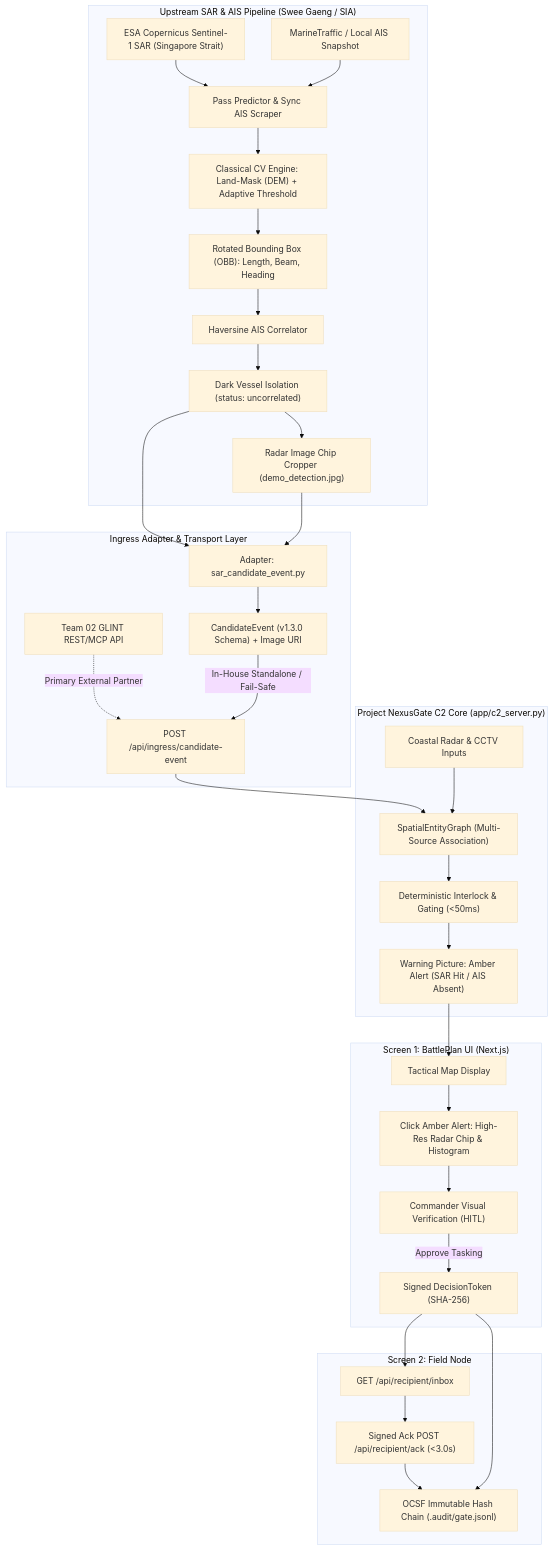
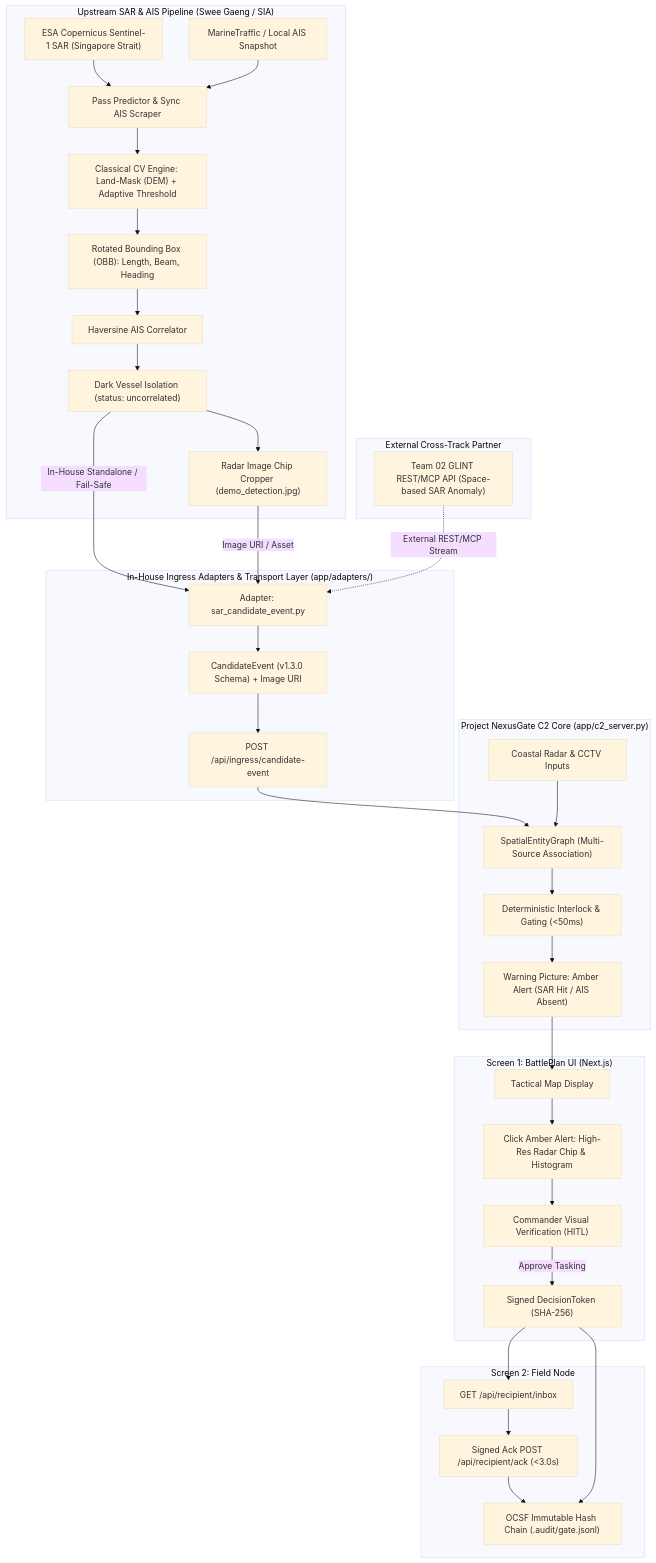
The first of 2 diagrams in docs/architecture/sar_pipeline.md (edgesentry/sdth-nexus-c2), drawn with Mermaid (base theme) before and after one commit.

Commit message:
docs(architecture): separate external GLINT partner from in-house ingress adapters in diagram

````diff
--- a/docs/architecture/sar_pipeline.md
+++ b/docs/architecture/sar_pipeline.md
@@ -23,41 +23,46 @@
 ```mermaid
 flowchart TD
     subgraph UpstreamSAR ["Upstream SAR & AIS Pipeline (Swee Gaeng / SIA)"]
         S1["ESA Copernicus Sentinel-1 SAR (Singapore Strait)"] --> PRE["Pass Predictor & Sync AIS Scraper"]
         AIS["MarineTraffic / Local AIS Snapshot"] --> PRE
         PRE --> CV["Classical CV Engine: Land-Mask (DEM) + Adaptive Threshold"]
         CV --> OBB["Rotated Bounding Box (OBB): Length, Beam, Heading"]
         OBB --> CORR["Haversine AIS Correlator"]
         CORR --> DARK["Dark Vessel Isolation (status: uncorrelated)"]
         DARK --> CHIP["Radar Image Chip Cropper (demo_detection.jpg)"]
     end
 
-    subgraph IngressBridge ["Ingress Adapter & Transport Layer"]
-        DARK --> ADAPT["Adapter: sar_candidate_event.py"]
-        CHIP --> ADAPT
+    subgraph ExternalPartner ["External Cross-Track Partner"]
+        GLINT["Team 02 GLINT REST/MCP API (Space-based SAR Anomaly)"]
+    end
+
+    subgraph IngressBridge ["In-House Ingress Adapters & Transport Layer (app/adapters/)"]
+        ADAPT["Adapter: sar_candidate_event.py"]
+        DARK -->|"In-House Standalone / Fail-Safe"| ADAPT
+        CHIP -->|"Image URI / Asset"| ADAPT
+        GLINT -.->|"External REST/MCP Stream"| ADAPT
         ADAPT --> PAYLOAD["CandidateEvent (v1.3.0 Schema) + Image URI"]
-        GLINT["Team 02 GLINT REST/MCP API"] -.->|"Primary External Partner"| C2_INGRESS["POST /api/ingress/candidate-event"]
-        PAYLOAD -->|"In-House Standalone / Fail-Safe"| C2_INGRESS
+        PAYLOAD --> C2_INGRESS["POST /api/ingress/candidate-event"]
     end
 
     subgraph NexusGateC2 ["Project NexusGate C2 Core (app/c2_server.py)"]
         C2_INGRESS --> GRAPH["SpatialEntityGraph (Multi-Source Association)"]
         COASTAL["Coastal Radar & CCTV Inputs"] --> GRAPH
         GRAPH --> INTERLOCK["Deterministic Interlock & Gating (<50ms)"]
         INTERLOCK --> WARN["Warning Picture: Amber Alert (SAR Hit / AIS Absent)"]
     end
 
     subgraph OperatorCockpit ["Screen 1: BattlePlan UI (Next.js)"]
         WARN --> COCKPIT["Tactical Map Display"]
         COCKPIT --> MODAL["Click Amber Alert: High-Res Radar Chip & Histogram"]
         MODAL --> HITL["Commander Visual Verification (HITL)"]
         HITL -->|Approve Tasking| TOKEN["Signed DecisionToken (SHA-256)"]
     end
 
     subgraph EffectorAck ["Screen 2: Field Node"]
         TOKEN --> INBOX["GET /api/recipient/inbox"]
         INBOX --> ACK["Signed Ack POST /api/recipient/ack (<3.0s)"]
         ACK --> AUDIT["OCSF Immutable Hash Chain (.audit/gate.jsonl)"]
         TOKEN --> AUDIT
     end
 ```
````
